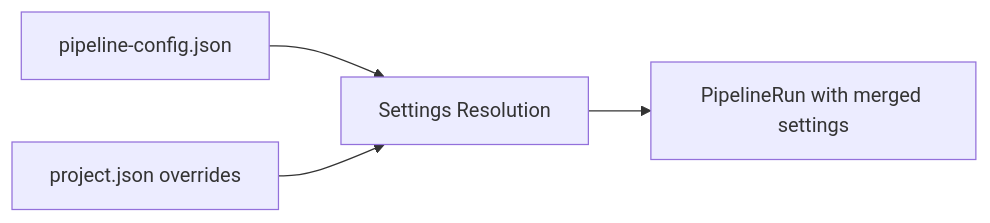
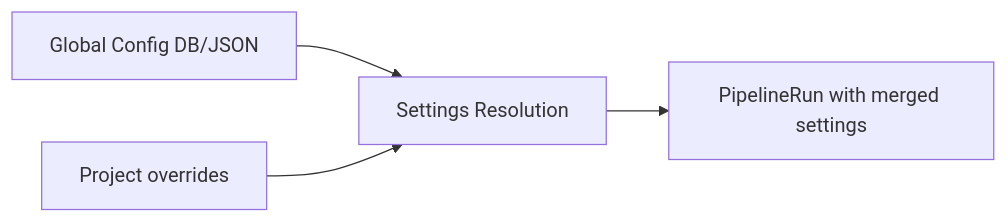
Before and after one commit to Chemsorly/coding-agent-automation: the second of 2 diagrams in docs/internals/projects-internals.md, drawn with Mermaid. The commit also changed other lines of this file and 17 other files, not shown here.

````diff
--- a/docs/internals/projects-internals.md
+++ b/docs/internals/projects-internals.md
@@ -52,6 +52,6 @@
 ```mermaid
 flowchart LR
-    Global[pipeline-config.json] --> Resolve[Settings Resolution]
-    Project[project.json overrides] --> Resolve
+    Global[Global Config DB/JSON] --> Resolve[Settings Resolution]
+    Project[Project overrides] --> Resolve
     Resolve --> Run[PipelineRun with merged settings]
 ```
````
